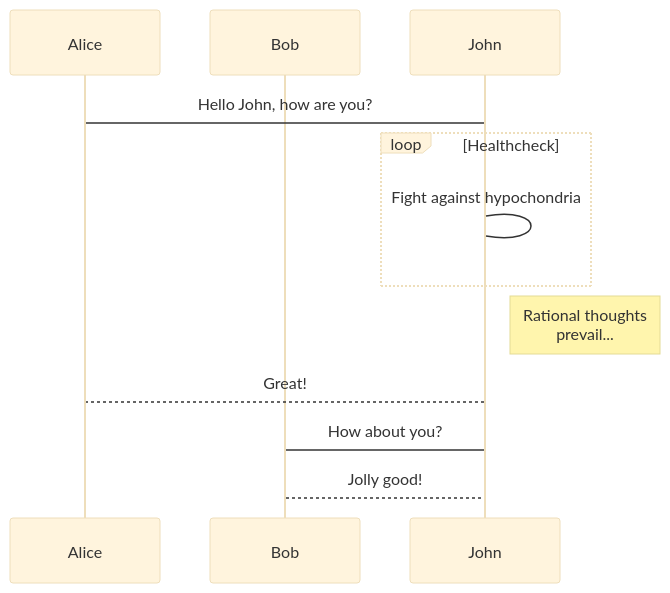
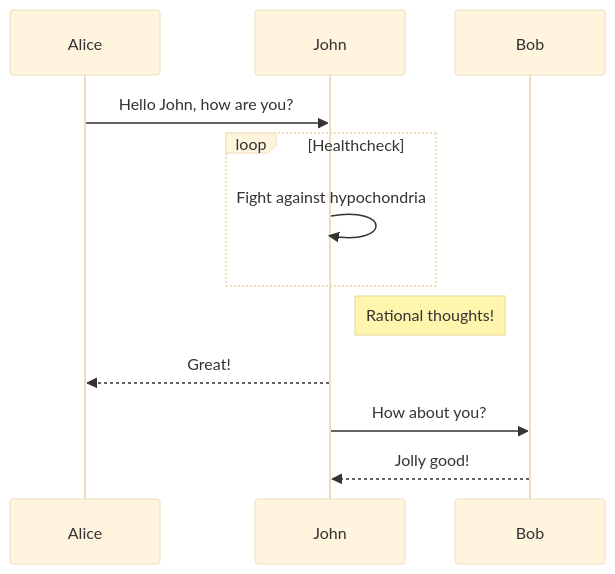
One commit to Tiphereth-A/Tiphereth-A.github.io changed the second of 7 diagrams in source/_posts/test-mermaid.md. Above: the diagram before and after it, drawn with Mermaid (base theme). The commit also changed other lines of this file and 1 other file, not shown here.

Commit message:
feat: update test-mermaid

````diff
--- a/source/_posts/test-mermaid.md
+++ b/source/_posts/test-mermaid.md
@@ -52,13 +48,11 @@
 ```mermaid
 sequenceDiagram
-　　　participant Alice
-　　　participant Bob
-　　　Alice->John:Hello John, how are you?
-　　　loop Healthcheck
-　　　　　John->John:Fight against hypochondria
-　　　end
-　　　Note right of John:Rational thoughts <br/>prevail...
-　　　John-->Alice:Great!
-　　　John->Bob: How about you?
-　　　Bob-->John: Jolly good!
+Alice->>John: Hello John, how are you?
+loop Healthcheck
+    John->>John: Fight against hypochondria
+end
+Note right of John: Rational thoughts!
+John-->>Alice: Great!
+John->>Bob: How about you?
+Bob-->>John: Jolly good!
 ```
````
